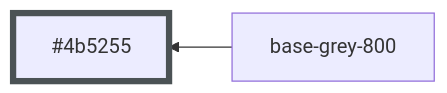
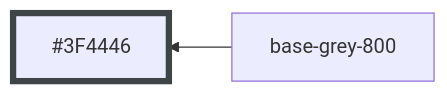
Diagram 24 of 30 in libs/ui/styles/themes/operator-mode.md (oxidecomputer/console), drawn with Mermaid before and after one commit. The commit also changed other lines of this file and 2 other files, not shown here.

````diff
--- a/libs/ui/styles/themes/operator-mode.md
+++ b/libs/ui/styles/themes/operator-mode.md
@@ -308,6 +308,6 @@
 ```mermaid
 graph RL
-  base-grey-800 --> #4b5255:::base-grey-800
+  base-grey-800 --> #3F4446:::base-grey-800
 
-  classDef base-grey-800 stroke-width:5,stroke:#4b5255
+  classDef base-grey-800 stroke-width:5,stroke:#3F4446
 ```
````
